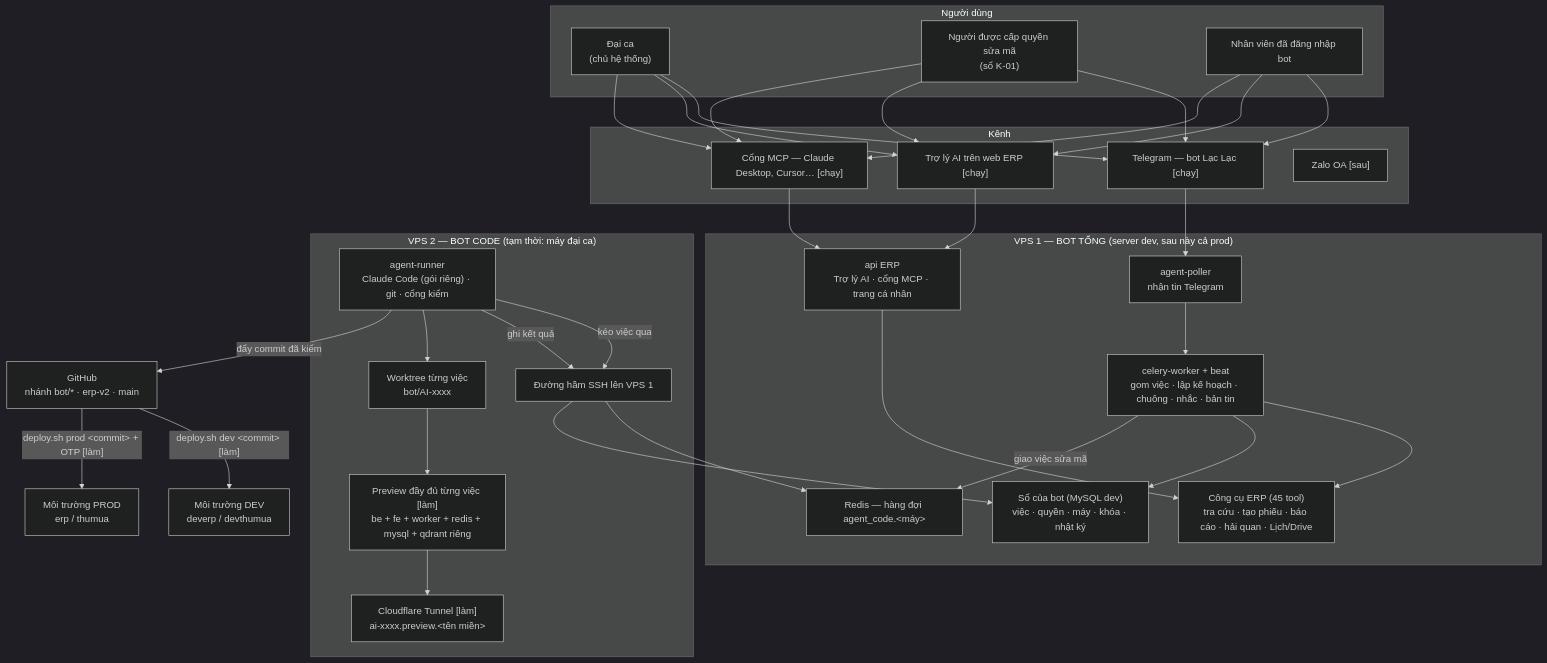
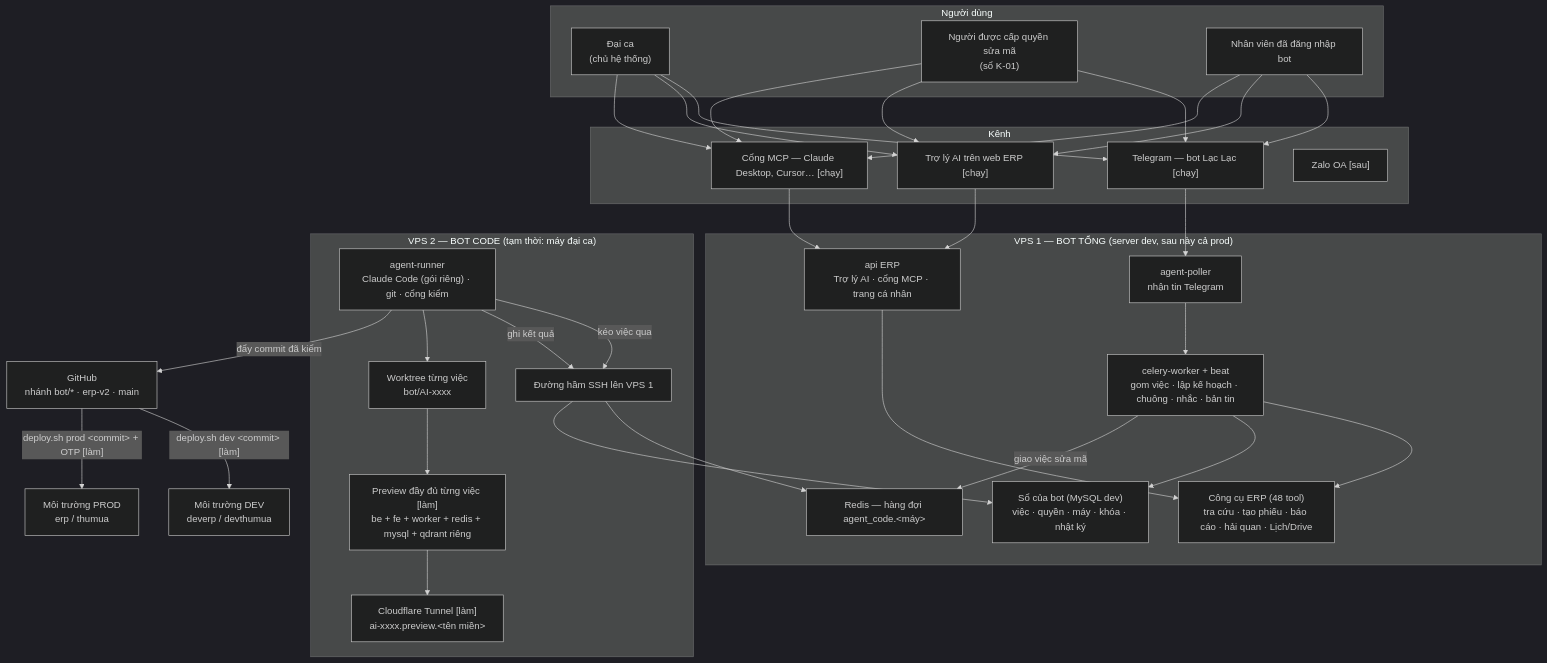
One commit to giabaohb99/procurement-tool changed the first of 3 diagrams in doc/agent-hub/07-quy-trinh-va-so-do.md. Above: the diagram before and after it, drawn with Mermaid (dark theme). The commit also changed other lines of this file and 16 other files, not shown here.

````diff
--- a/doc/agent-hub/07-quy-trinh-va-so-do.md
+++ b/doc/agent-hub/07-quy-trinh-va-so-do.md
@@ -21,49 +21,49 @@
 ```mermaid
 flowchart TB
     subgraph NGUOI["Người dùng"]
         DC["Đại ca<br/>(chủ hệ thống)"]
         CQ["Người được cấp quyền sửa mã<br/>(sổ K-01)"]
         NV["Nhân viên đã đăng nhập bot"]
     end
 
     subgraph KENH["Kênh"]
         TG["Telegram — bot Lạc Lạc [chạy]"]
         WEB["Trợ lý AI trên web ERP [chạy]"]
         MCP["Cổng MCP — Claude Desktop, Cursor… [chạy]"]
         ZL["Zalo OA [sau]"]
     end
 
     subgraph VPS1["VPS 1 — BOT TỔNG (server dev, sau này cả prod)"]
         POL["agent-poller<br/>nhận tin Telegram"]
         API["api ERP<br/>Trợ lý AI · cổng MCP · trang cá nhân"]
         WK["celery-worker + beat<br/>gom việc · lập kế hoạch · chuông · nhắc · bản tin"]
         SO["Sổ của bot (MySQL dev)<br/>việc · quyền · máy · khóa · nhật ký"]
         RD["Redis — hàng đợi agent_code.&lt;máy&gt;"]
-        TOOLS["Công cụ ERP (45 tool)<br/>tra cứu · tạo phiếu · báo cáo · hải quan · Lịch/Drive"]
+        TOOLS["Công cụ ERP (48 tool)<br/>tra cứu · tạo phiếu · báo cáo · hải quan · Lịch/Drive"]
     end
 
     subgraph VPS2["VPS 2 — BOT CODE (tạm thời: máy đại ca)"]
         TUN["Đường hầm SSH lên VPS 1"]
         RUN["agent-runner<br/>Claude Code (gói riêng) · git · cổng kiểm"]
         WT["Worktree từng việc<br/>bot/AI-xxxx"]
         PRE["Preview đầy đủ từng việc [làm]<br/>be + fe + worker + redis + mysql + qdrant riêng"]
         CF["Cloudflare Tunnel [làm]<br/>ai-xxxx.preview.&lt;tên miền&gt;"]
     end
 
     GH["GitHub<br/>nhánh bot/* · erp-v2 · main"]
     DEV["Môi trường DEV<br/>deverp / devthumua"]
     PROD["Môi trường PROD<br/>erp / thumua"]
 
     DC & CQ & NV --> TG & WEB & MCP
     TG --> POL --> WK
     WEB & MCP --> API --> TOOLS
     WK --> TOOLS
     WK --> SO
     WK -- "giao việc sửa mã" --> RD
     RUN -- "kéo việc qua" --> TUN --> RD
     RUN -- "ghi kết quả" --> TUN --> SO
     RUN --> WT --> PRE --> CF
     RUN -- "đẩy commit đã kiểm" --> GH
     GH -- "deploy.sh dev &lt;commit&gt; [làm]" --> DEV
     GH -- "deploy.sh prod &lt;commit&gt; + OTP [làm]" --> PROD
 ```
````
